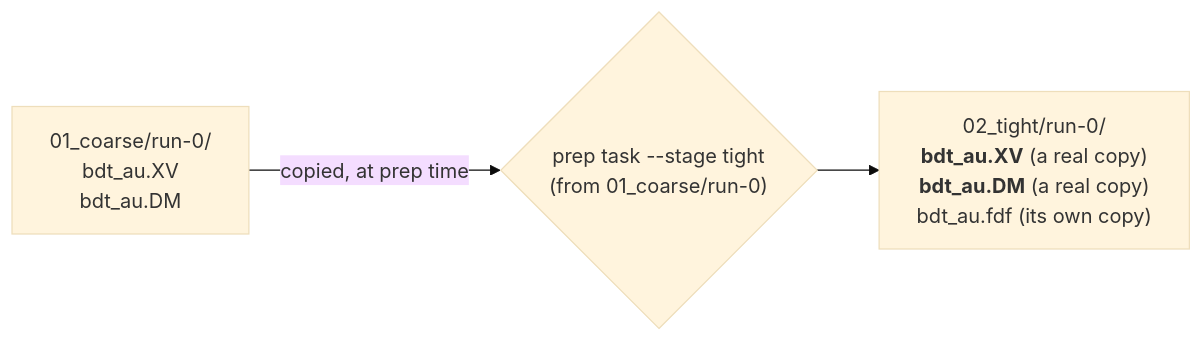
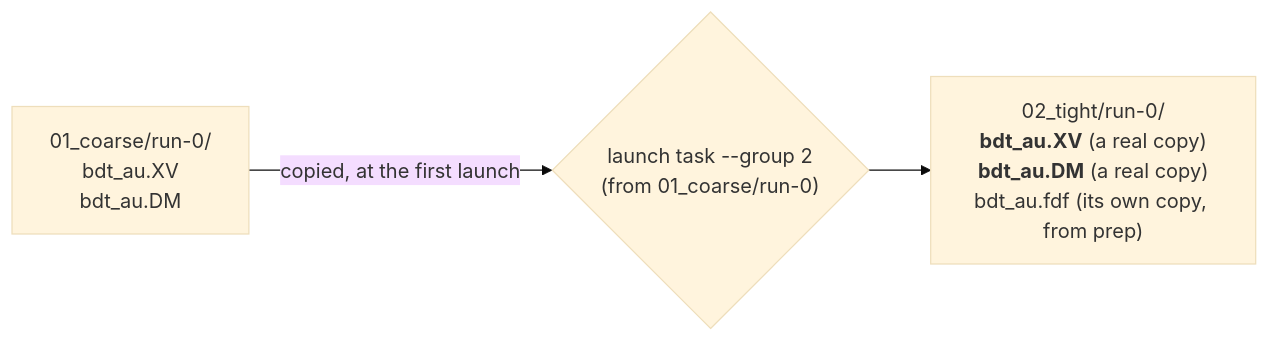
Before and after one commit to Qing-LAB/molbuilder: the eighth of 10 diagrams in docs/execution/project-layout.md, drawn with Mermaid (base theme). The commit also changed other lines of this file and 282 other files, not shown here.

````diff
--- a/docs/execution/project-layout.md
+++ b/docs/execution/project-layout.md
@@ -1727,7 +1765,7 @@
 ```mermaid
 flowchart LR
     A["01_coarse/run-0/<br/>bdt_au.XV<br/>bdt_au.DM"]
-    P{"prep task --stage tight<br/>(from 01_coarse/run-0)"}
-    B["02_tight/run-0/<br/><b>bdt_au.XV</b> (a real copy)<br/><b>bdt_au.DM</b> (a real copy)<br/>bdt_au.fdf (its own copy)"]
-    A -->|"copied, at prep time"| P --> B
+    P{"launch task --group 2<br/>(from 01_coarse/run-0)"}
+    B["02_tight/run-0/<br/><b>bdt_au.XV</b> (a real copy)<br/><b>bdt_au.DM</b> (a real copy)<br/>bdt_au.fdf (its own copy, from prep)"]
+    A -->|"copied, at the first launch"| P --> B
 ```
````
